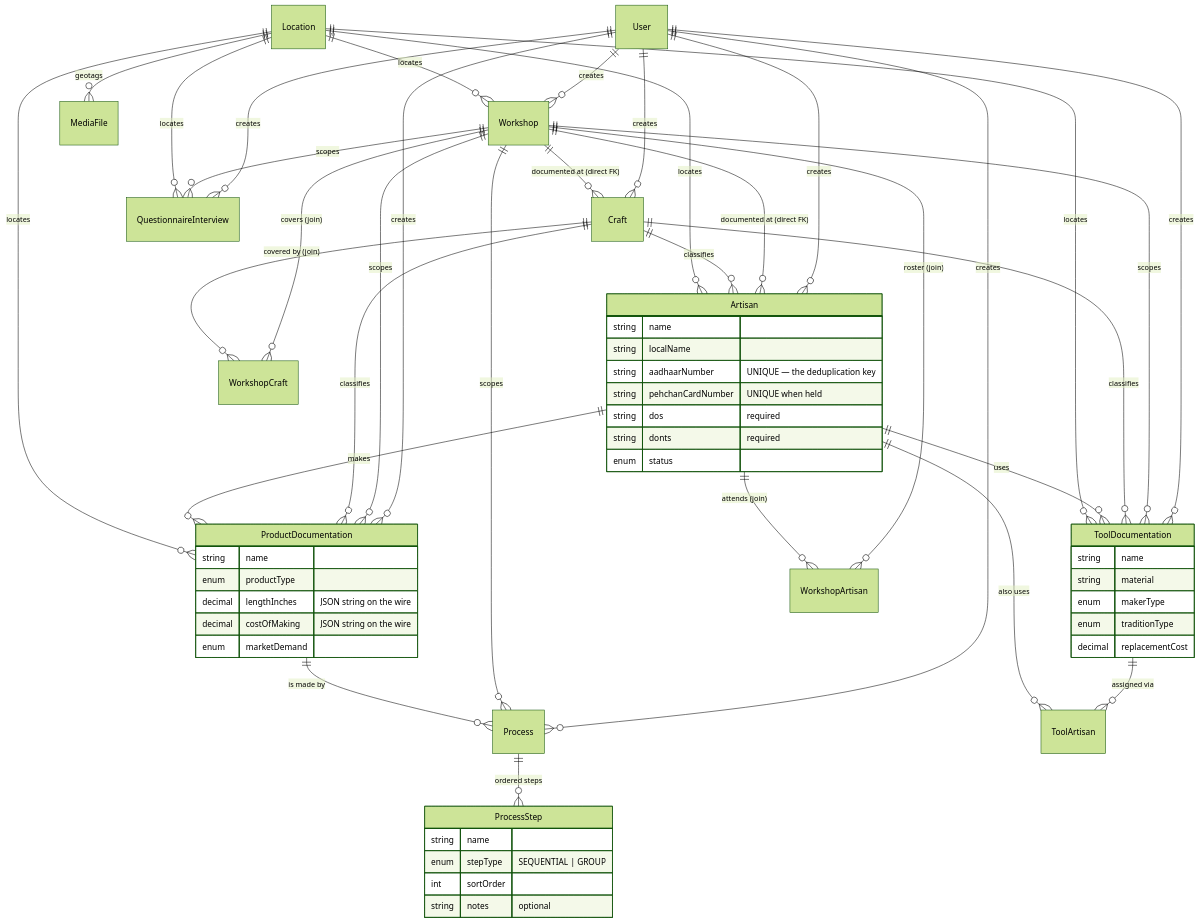
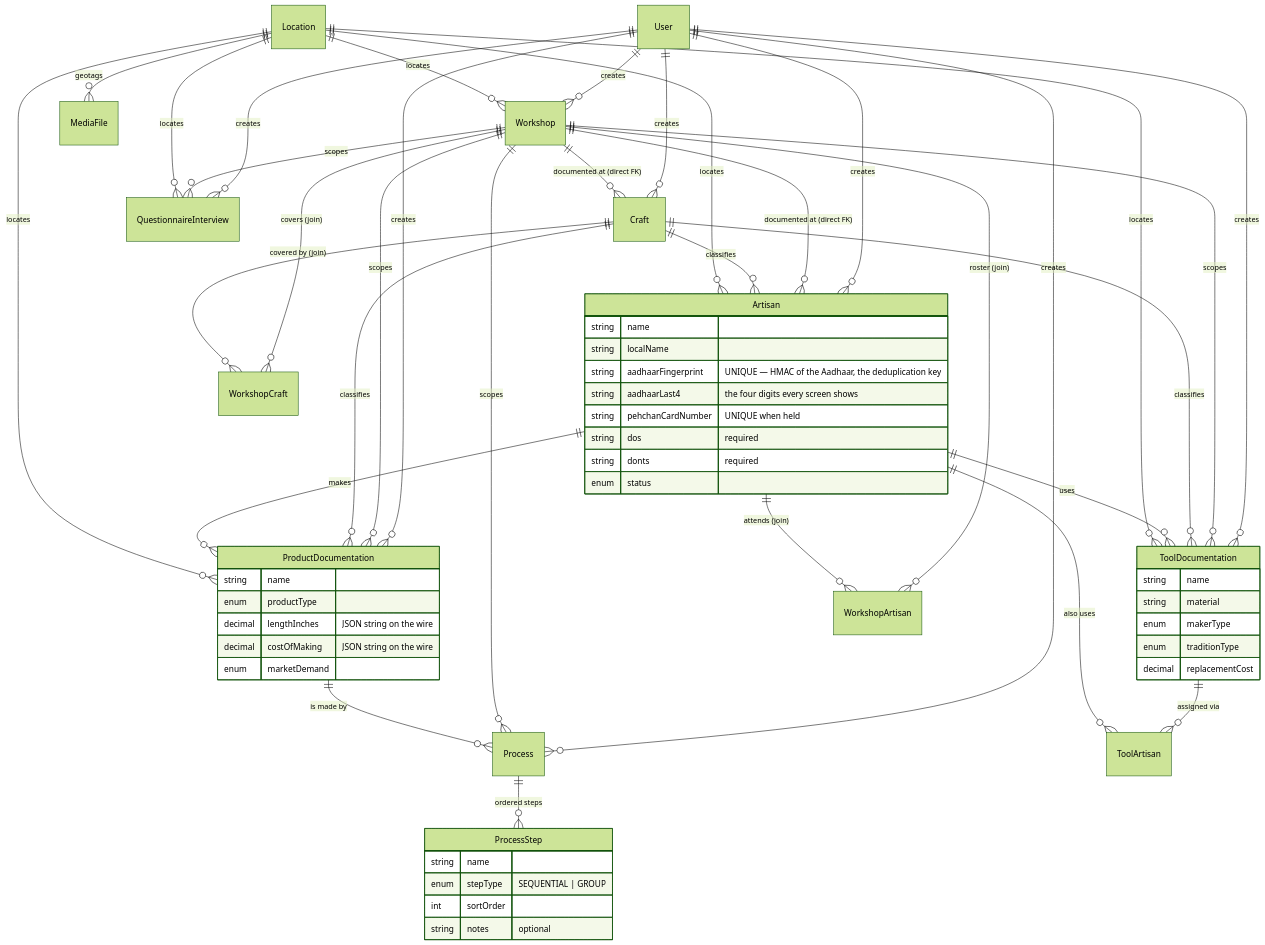
Before and after one commit to cxacraftecosystem-ui/designer-portal: the second of 5 diagrams in docs/DATA_MODEL.md, drawn with Mermaid (forest theme). The commit also changed other lines of this file and 48 other files, not shown here.

````diff
--- a/docs/DATA_MODEL.md
+++ b/docs/DATA_MODEL.md
@@ -94,71 +94,72 @@
 ```mermaid
 erDiagram
   User ||--o{ Workshop : creates
   User ||--o{ Craft : creates
   User ||--o{ Artisan : creates
   User ||--o{ ProductDocumentation : creates
   User ||--o{ ToolDocumentation : creates
   User ||--o{ Process : creates
   User ||--o{ QuestionnaireInterview : creates
 
   Workshop ||--o{ WorkshopArtisan : "roster (join)"
   Artisan  ||--o{ WorkshopArtisan : "attends (join)"
   Workshop ||--o{ WorkshopCraft : "covers (join)"
   Craft    ||--o{ WorkshopCraft : "covered by (join)"
 
   Workshop ||--o{ Craft : "documented at (direct FK)"
   Workshop ||--o{ Artisan : "documented at (direct FK)"
   Workshop ||--o{ ProductDocumentation : scopes
   Workshop ||--o{ ToolDocumentation : scopes
   Workshop ||--o{ Process : scopes
   Workshop ||--o{ QuestionnaireInterview : scopes
 
   Craft ||--o{ Artisan : classifies
   Craft ||--o{ ProductDocumentation : classifies
   Craft ||--o{ ToolDocumentation : classifies
 
   Artisan ||--o{ ProductDocumentation : makes
   Artisan ||--o{ ToolDocumentation : uses
   ToolDocumentation ||--o{ ToolArtisan : "assigned via"
   Artisan ||--o{ ToolArtisan : "also uses"
 
   ProductDocumentation ||--o{ Process : "is made by"
   Process ||--o{ ProcessStep : "ordered steps"
 
   Location ||--o{ Artisan : locates
   Location ||--o{ Workshop : locates
   Location ||--o{ ProductDocumentation : locates
   Location ||--o{ ToolDocumentation : locates
   Location ||--o{ QuestionnaireInterview : locates
   Location ||--o{ MediaFile : geotags
 
   Artisan {
     string name
     string localName
-    string aadhaarNumber "UNIQUE — the deduplication key"
+    string aadhaarFingerprint "UNIQUE — HMAC of the Aadhaar, the deduplication key"
+    string aadhaarLast4 "the four digits every screen shows"
     string pehchanCardNumber "UNIQUE when held"
     string dos "required"
     string donts "required"
     enum   status
   }
   ProductDocumentation {
     string name
     enum   productType
     decimal lengthInches "JSON string on the wire"
     decimal costOfMaking "JSON string on the wire"
     enum   marketDemand
   }
   ToolDocumentation {
     string name
     string material
     enum   makerType
     enum   traditionType
     decimal replacementCost
   }
   ProcessStep {
     string name
     enum   stepType "SEQUENTIAL | GROUP"
     int    sortOrder
     string notes "optional"
   }
 ```
````
